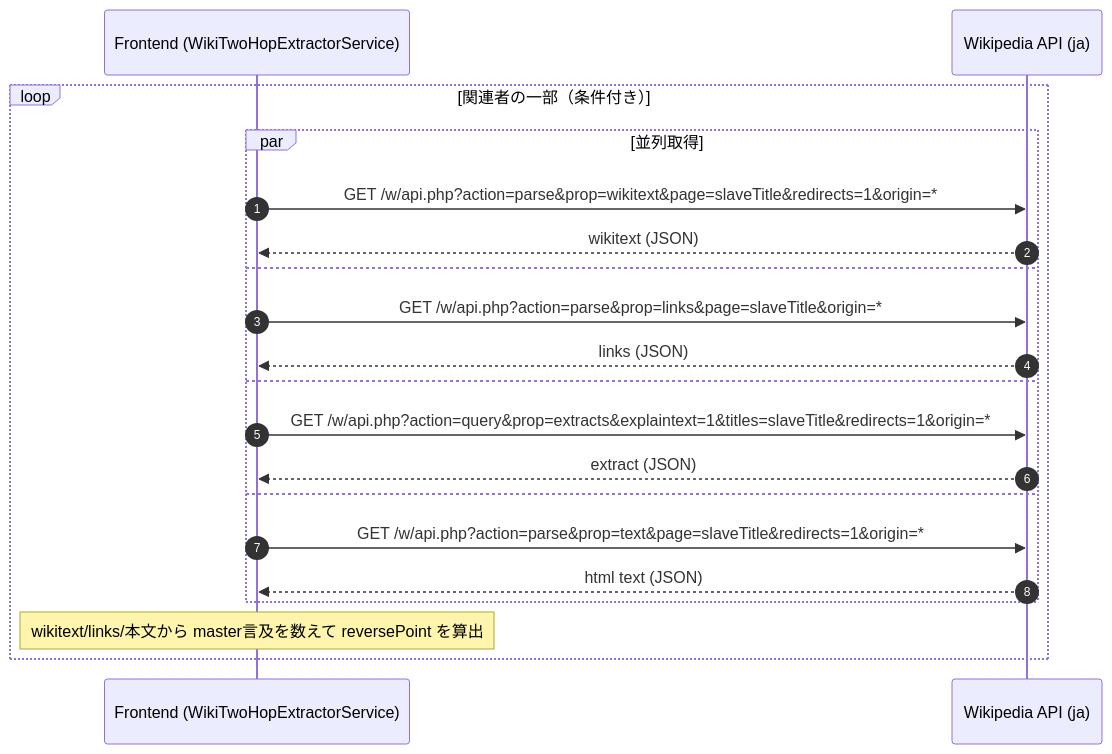
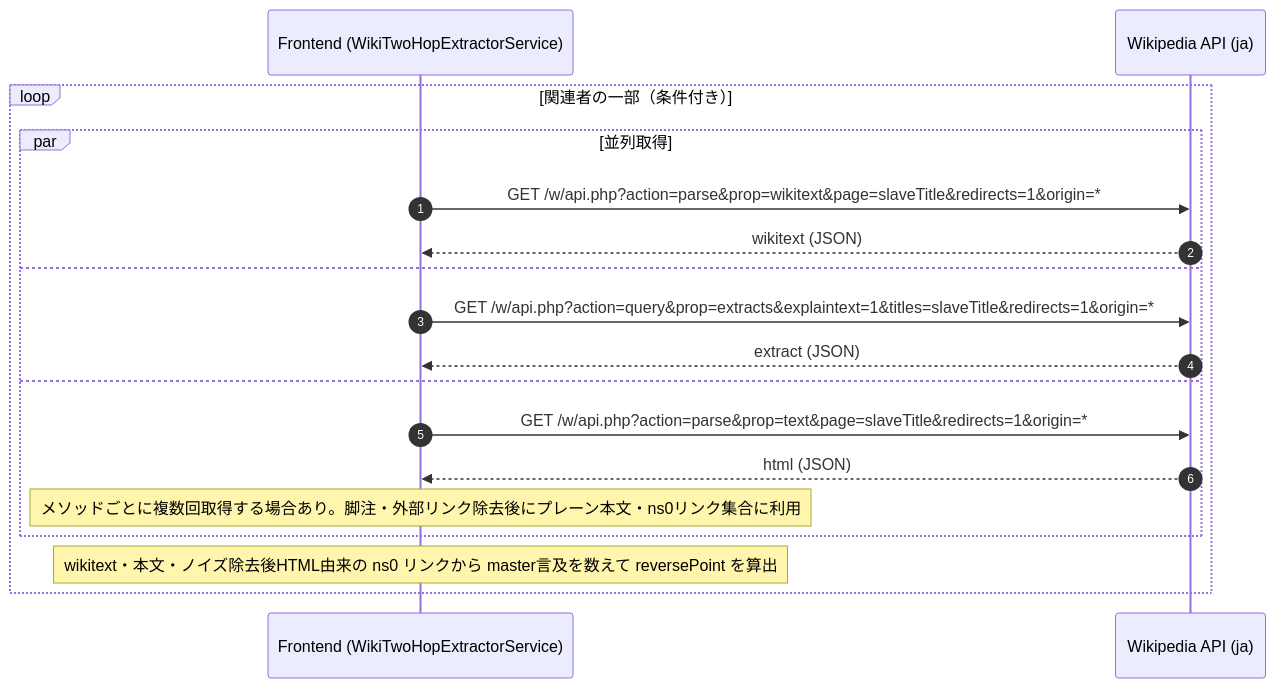
Diagram 13 of 13 in doc/api.md (5avvadaJ1r0/people_relation), drawn with Mermaid before and after one commit. The commit also changed other lines of this file and 7 other files, not shown here.

````diff
--- a/doc/api.md
+++ b/doc/api.md
@@ -566,23 +577,21 @@
 ```mermaid
 sequenceDiagram
     autonumber
     participant FE as Frontend (WikiTwoHopExtractorService)
     participant WP as Wikipedia API (ja)
 
     loop 関連者の一部（条件付き）
         par 並列取得
             FE->>WP: GET /w/api.php?action=parse&prop=wikitext&page=slaveTitle&redirects=1&origin=*
             WP-->>FE: wikitext (JSON)
         and
-            FE->>WP: GET /w/api.php?action=parse&prop=links&page=slaveTitle&origin=*
-            WP-->>FE: links (JSON)
-        and
             FE->>WP: GET /w/api.php?action=query&prop=extracts&explaintext=1&titles=slaveTitle&redirects=1&origin=*
             WP-->>FE: extract (JSON)
         and
             FE->>WP: GET /w/api.php?action=parse&prop=text&page=slaveTitle&redirects=1&origin=*
-            WP-->>FE: html text (JSON)
+            WP-->>FE: html (JSON)
+            Note over FE: メソッドごとに複数回取得する場合あり。脚注・外部リンク除去後にプレーン本文・ns0リンク集合に利用
         end
-        Note over FE: wikitext/links/本文から master言及を数えて reversePoint を算出
+        Note over FE: wikitext・本文・ノイズ除去後HTML由来の ns0 リンクから master言及を数えて reversePoint を算出
     end
 ```
````
